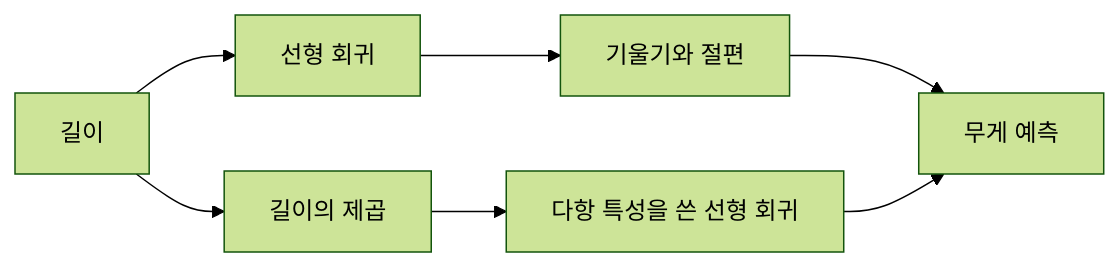
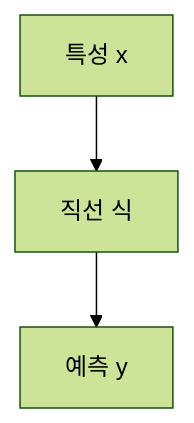
One commit to umyunsang/edu changed the diagram in ComputerScience/03_ai-ml-data/ml-projects/notes/03. 선형 회귀와 다항 특성.md. Above: the diagram before and after it, drawn with Mermaid (forest theme). The commit also changed other lines of this file, not shown here.

````diff
--- a/ComputerScience/03_ai-ml-data/ml-projects/notes/03. 선형 회귀와 다항 특성.md
+++ b/ComputerScience/03_ai-ml-data/ml-projects/notes/03. 선형 회귀와 다항 특성.md
@@ -34,9 +19,5 @@
 ```mermaid
-flowchart LR
-    A[길이] --> B[선형 회귀]
-    B --> C[기울기와 절편]
-    C --> D[무게 예측]
-    A --> E[길이의 제곱]
-    E --> F[다항 특성을 쓴 선형 회귀]
-    F --> D
+flowchart TB
+    A[특성 x] --> B[직선 식]
+    B --> C[예측 y]
 ```
````
